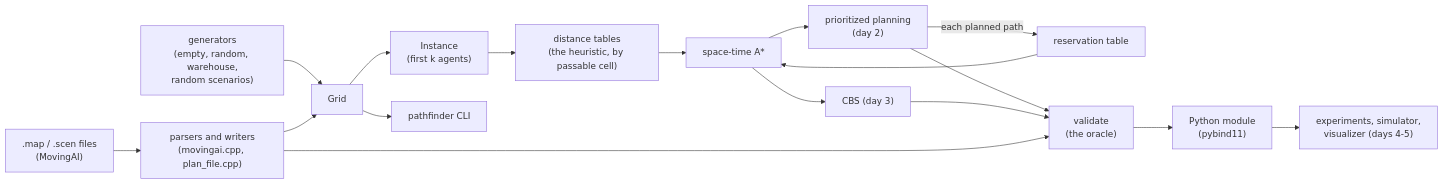
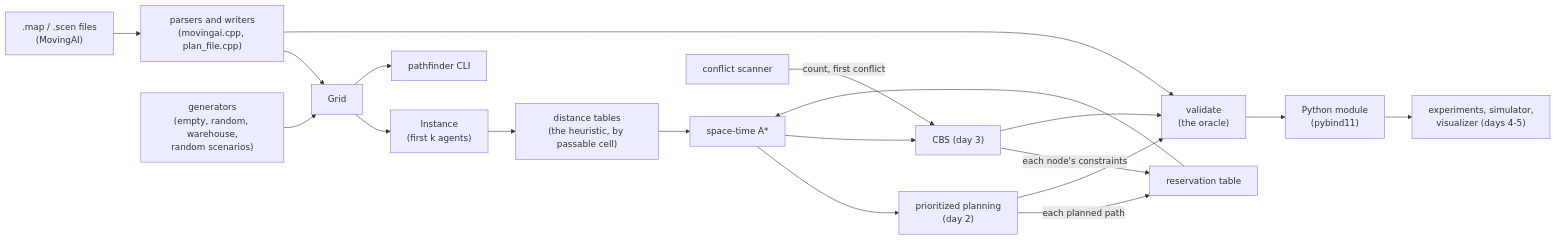
Before and after one commit to vivekdavara/pathfinder: the diagram in README.md, drawn with Mermaid. The commit also changed other lines of this file, not shown here.

````diff
--- a/README.md
+++ b/README.md
@@ -37,18 +38,20 @@
 ```mermaid
 flowchart LR
   MAP[".map / .scen files<br/>(MovingAI)"] --> FMT["parsers and writers<br/>(movingai.cpp, plan_file.cpp)"]
   GEN["generators<br/>(empty, random, warehouse,<br/>random scenarios)"] --> GRID
   FMT --> GRID["Grid"] --> INST["Instance<br/>(first k agents)"]
   INST --> DIST["distance tables<br/>(the heuristic, by passable cell)"]
   DIST --> STA["space-time A*"]
   RES["reservation table"] --> STA
   STA --> PP["prioritized planning<br/>(day 2)"]
   STA --> CBS["CBS (day 3)"]
+  SCAN["conflict scanner"] -- "count, first conflict" --> CBS
+  CBS -- "each node's constraints" --> RES
   PP -- "each planned path" --> RES
   PP --> VAL["validate<br/>(the oracle)"]
   CBS --> VAL
   FMT --> VAL
   GRID --> CLI["pathfinder CLI"]
   VAL --> PY["Python module<br/>(pybind11)"]
   PY --> EXP["experiments, simulator,<br/>visualizer (days 4-5)"]
 ```
````
